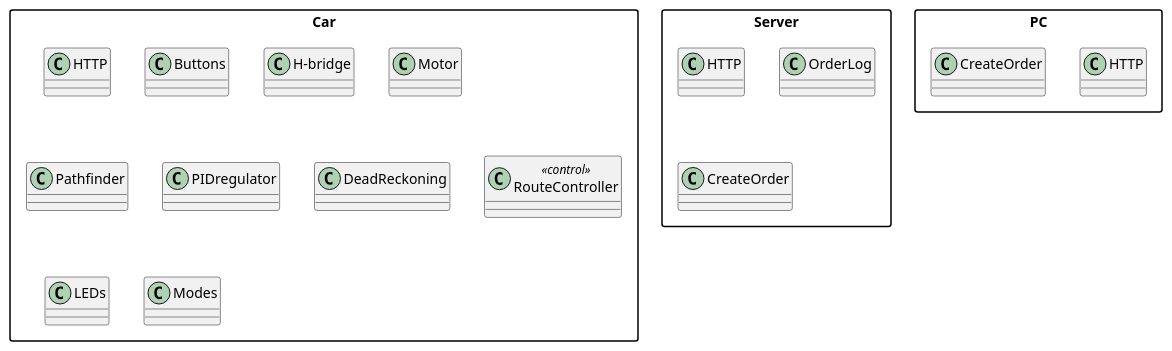
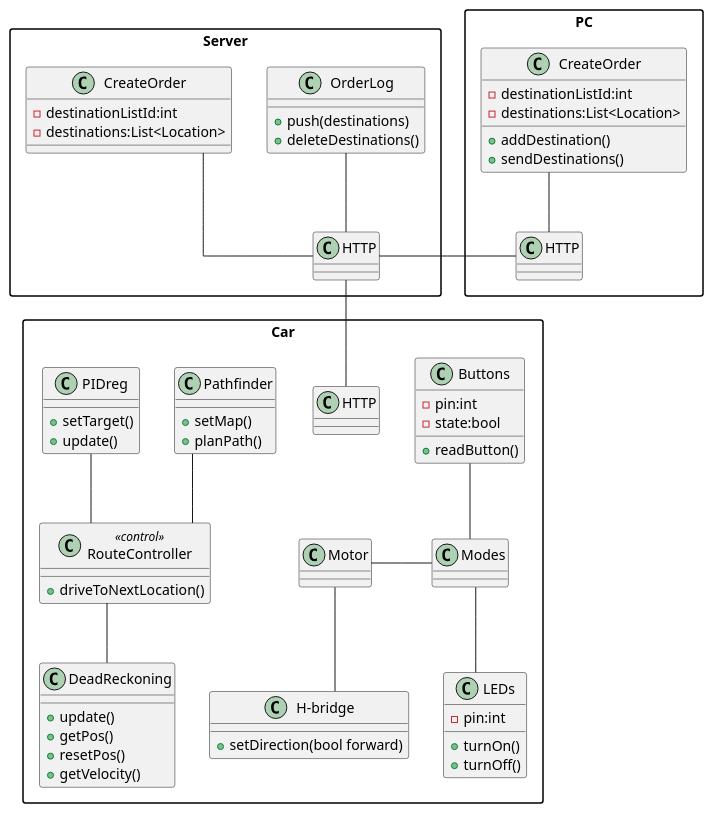
One commit to lineklemensen/PRJ3 changed the diagram in docs/diagrams/Plantuml/apModel/classes.puml. Above: the diagram before and after it, drawn with PlantUML. The commit also changed 6 other files, not shown here.

Commit message:
Add sequence and class diagrams for UC2 and UC3 use cases

```diff
--- a/docs/diagrams/Plantuml/apModel/classes.puml
+++ b/docs/diagrams/Plantuml/apModel/classes.puml
@@ -1,49 +1,111 @@
 @startuml Classes
 
 skinparam {
     packageStyle rectangle
     Linetype ortho
 }
 
-package "PC"
+package PC
 {
-    class HTTP
+    class "HTTP" as phttp
 
-    class CreateOrder
+    class "CreateOrder" as pco
+    {
+        -destinationListId:int
+        -destinations:List<Location>
+        +addDestination()
+        +sendDestinations()
+    }
 }
 
-package "Car"
+package Server
 {
-    class HTTP
+    class "HTTP" as shttp
+
+    class "OrderLog" as ol
+    {
+        +push(destinations)
+        +deleteDestinations()
+    }
+
+    class "CreateOrder" as sco
+    {
+        -destinationListId:int
+        -destinations:List<Location>
+    }
+}
+
+package Car
+{
+    class "HTTP" as chttp
 
     class "Buttons" as b
+    {
+        -pin:int
+        -state:bool
+        +readButton()
+    }
 
     class "H-bridge" as hb
+    {
+        +setDirection(bool forward)
+    }
 
     class "Motor" as m
+    {
+
+    }
 
     class "Pathfinder" as pf
+    {
+        +setMap()
+        +planPath()
+    }
 
-    class "PIDregulator" as pid
+    class "PIDreg" as pid
+    {
+        +setTarget()
+        +update()
+    }
 
     class "DeadReckoning" as dr
+    {
+        +update()
+        +getPos()
+        +resetPos()
+        +getVelocity()
+    }
 
     class "RouteController" as rc <<control>>
+    {
+        +driveToNextLocation()
+
+    }
 
     class "LEDs" as led
+    {
+        -pin:int
+        +turnOn()
+        +turnOff()
+    }
 
     class "Modes" as md
 }
 
-package "Server"
-{
-    class HTTP
 
-    class "OrderLog" as ol
+m -- hb
+md -l- m
+pid -- rc
+rc -- dr
+pf -- rc
+md -u- b
+md -- led
 
-    class "CreateOrder" as co
-}
+ol -- shttp
+sco -- shttp
+pco -- phttp
 
-
+shttp -- chttp
+shttp -l- phttp
 
 @enduml
```
